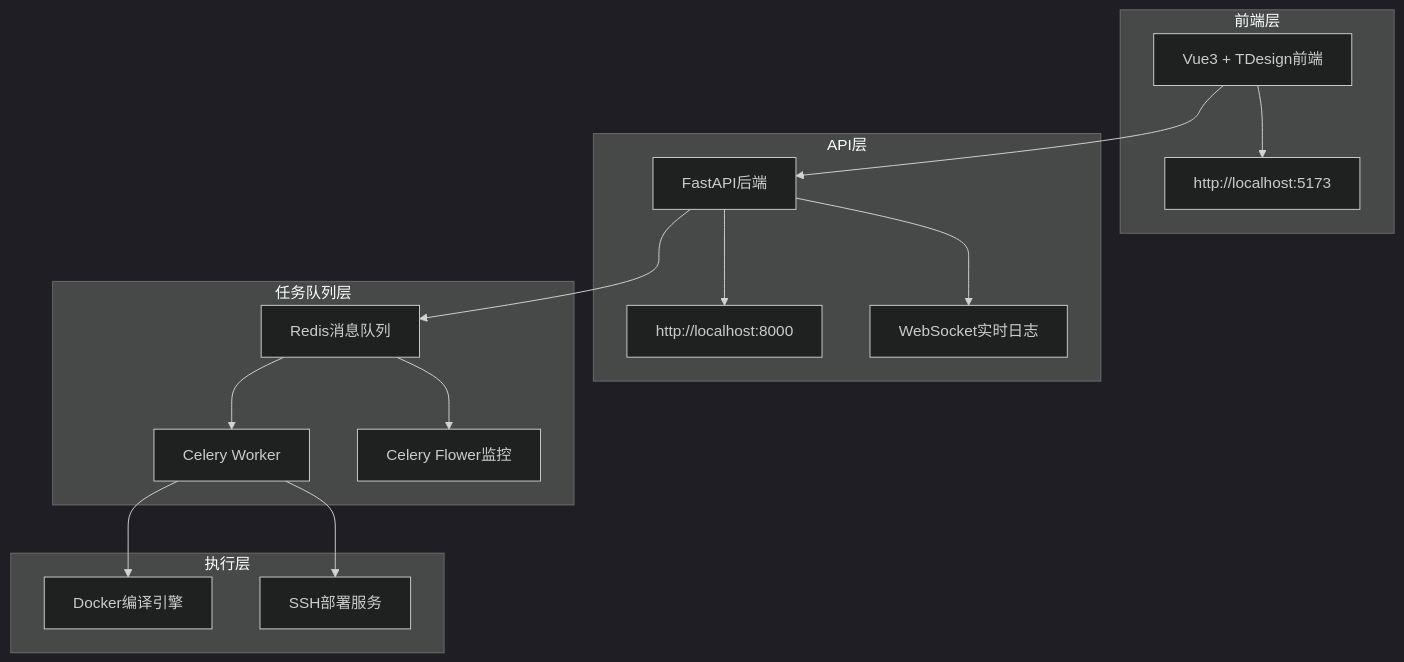
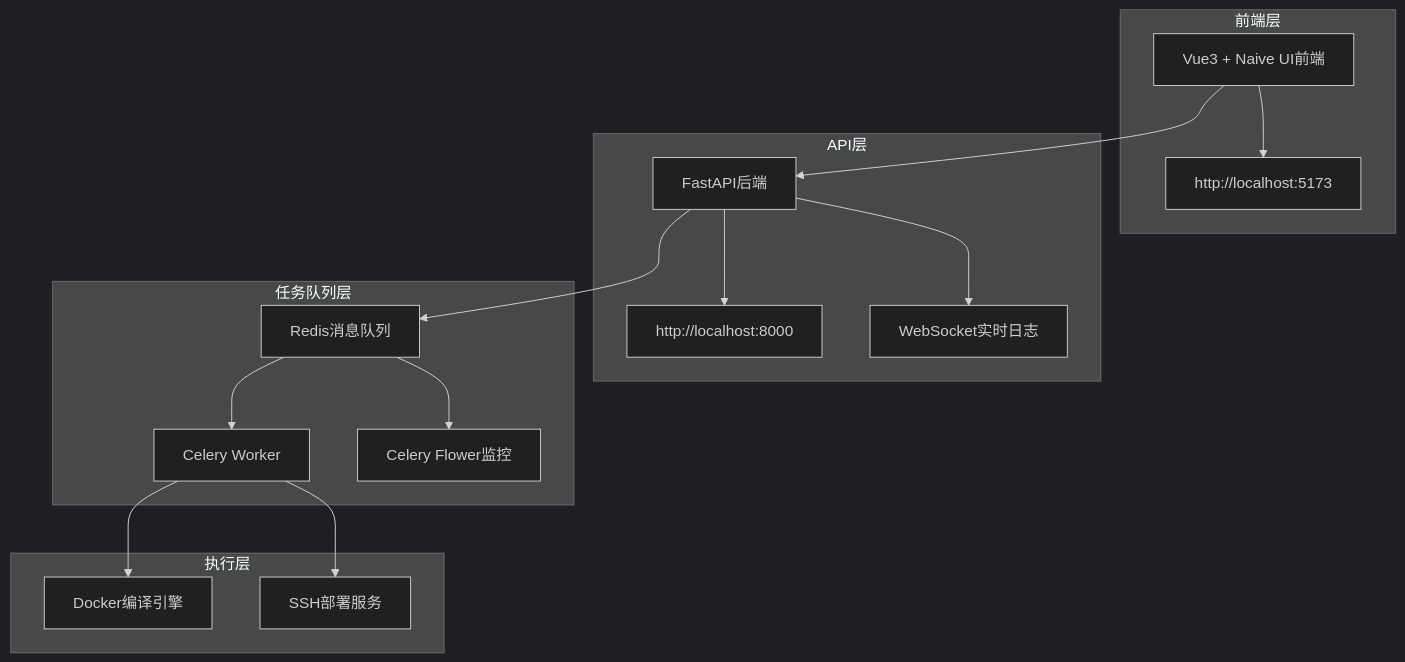
Before and after one commit to chengliang4810/jimuqu-devops: the diagram in CLAUDE.md, drawn with Mermaid (dark theme). The commit also changed other lines of this file and 1 other file, not shown here.

````diff
--- a/CLAUDE.md
+++ b/CLAUDE.md
@@ -15,24 +15,24 @@
 ```mermaid
 graph TB
     subgraph "前端层"
-        A[Vue3 + TDesign前端] --> B[http://localhost:5173]
+        A[Vue3 + Naive UI前端] --> B[http://localhost:5173]
     end
 
     subgraph "API层"
         C[FastAPI后端] --> D[http://localhost:8000]
         C --> E[WebSocket实时日志]
     end
 
     subgraph "任务队列层"
         F[Redis消息队列] --> G[Celery Worker]
         F --> H[Celery Flower监控]
     end
 
     subgraph "执行层"
         G --> I[Docker编译引擎]
         G --> J[SSH部署服务]
     end
 
     A --> C
     C --> F
 ```
````
